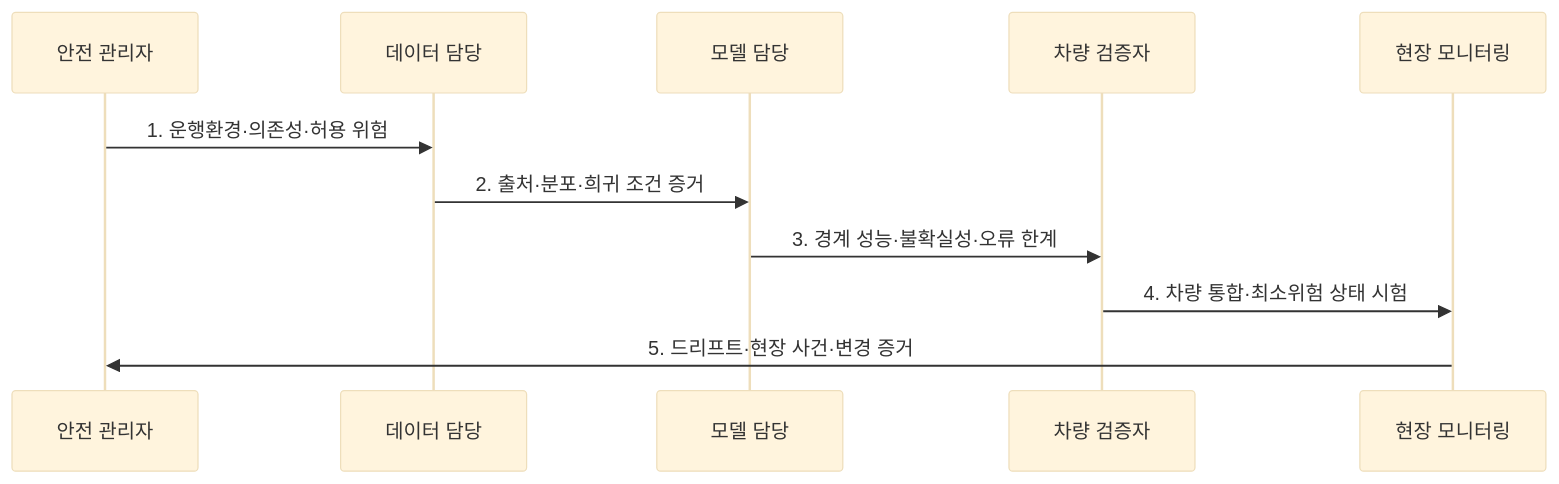
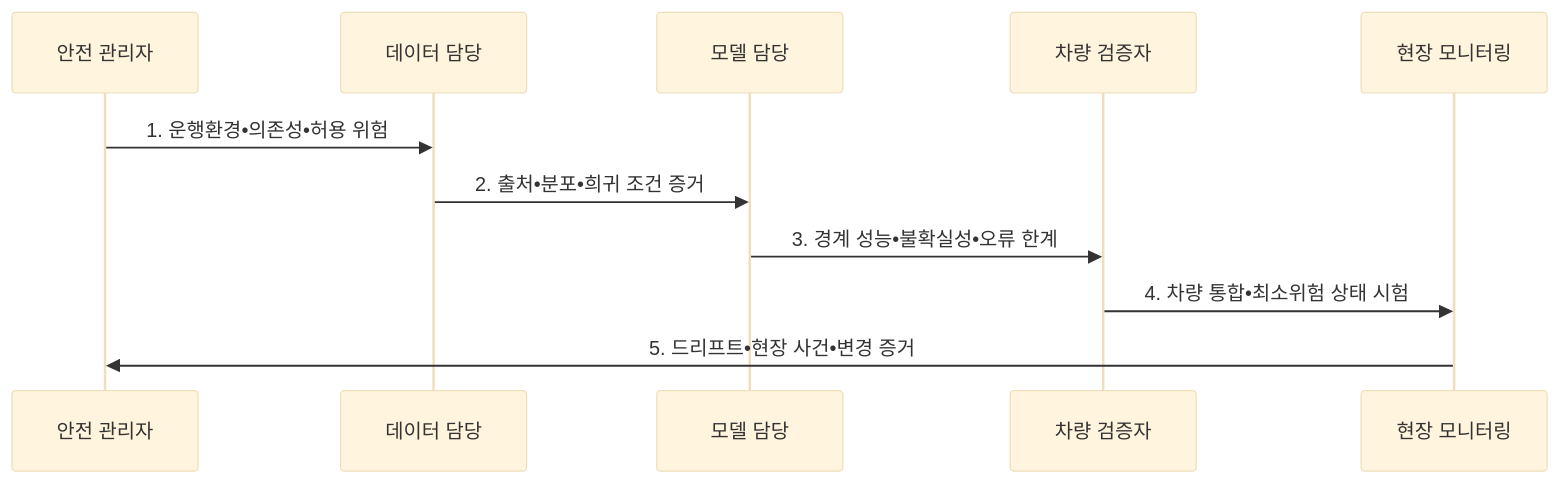
One commit to agnusdei1207/knowledge-base changed the second of 2 diagrams in src/content/docs/notes/05-security/135_iso_pas_8800.md. Above: the diagram before and after it, drawn with Mermaid (base theme). The commit also changed other lines of this file and 953 other files, not shown here.

````diff
--- a/src/content/docs/notes/05-security/135_iso_pas_8800.md
+++ b/src/content/docs/notes/05-security/135_iso_pas_8800.md
@@ -99,13 +99,13 @@
 ```mermaid
 sequenceDiagram
   participant S as 안전 관리자
   participant D as 데이터 담당
   participant M as 모델 담당
   participant V as 차량 검증자
   participant O as 현장 모니터링
-  S->>D: 1. 운행환경·의존성·허용 위험
-  D->>M: 2. 출처·분포·희귀 조건 증거
-  M->>V: 3. 경계 성능·불확실성·오류 한계
-  V->>O: 4. 차량 통합·최소위험 상태 시험
-  O->>S: 5. 드리프트·현장 사건·변경 증거
+  S->>D: 1. 운행환경•의존성•허용 위험
+  D->>M: 2. 출처•분포•희귀 조건 증거
+  M->>V: 3. 경계 성능•불확실성•오류 한계
+  V->>O: 4. 차량 통합•최소위험 상태 시험
+  O->>S: 5. 드리프트•현장 사건•변경 증거
 ```
````
